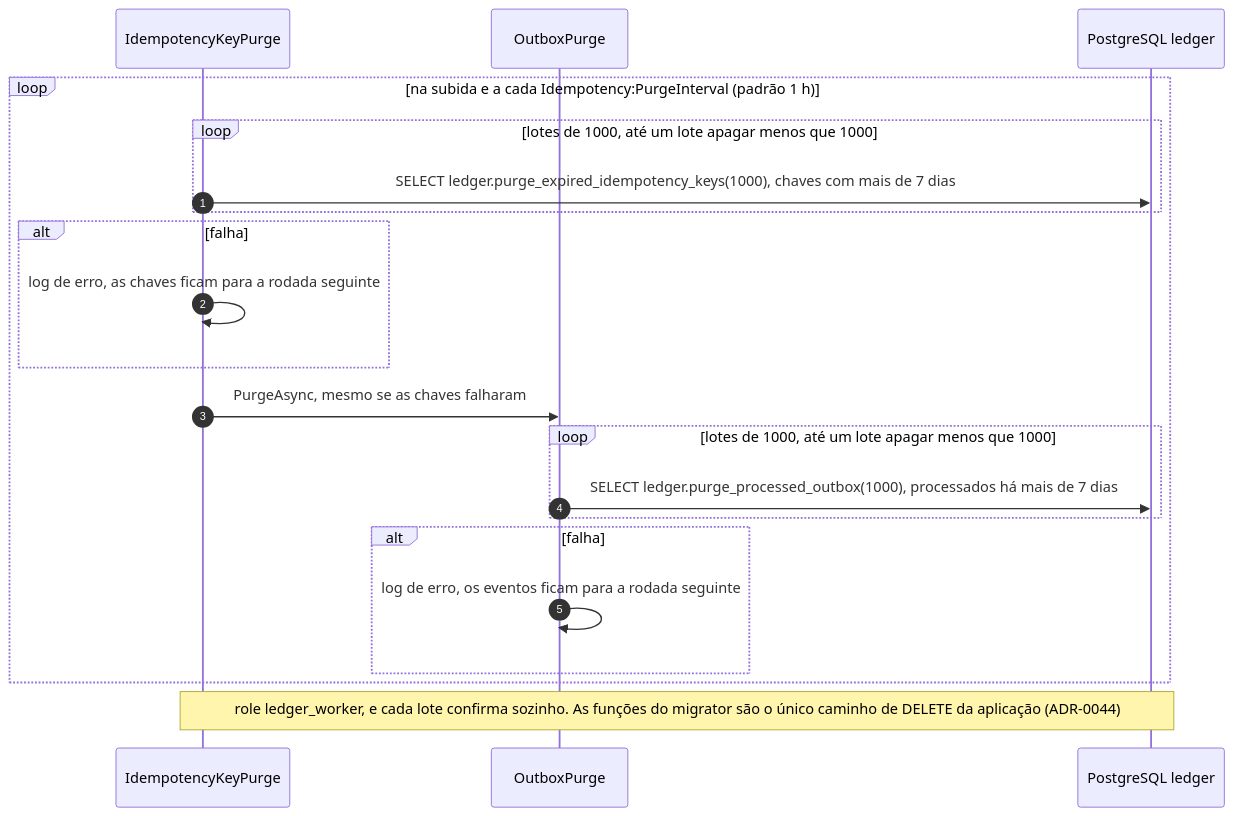
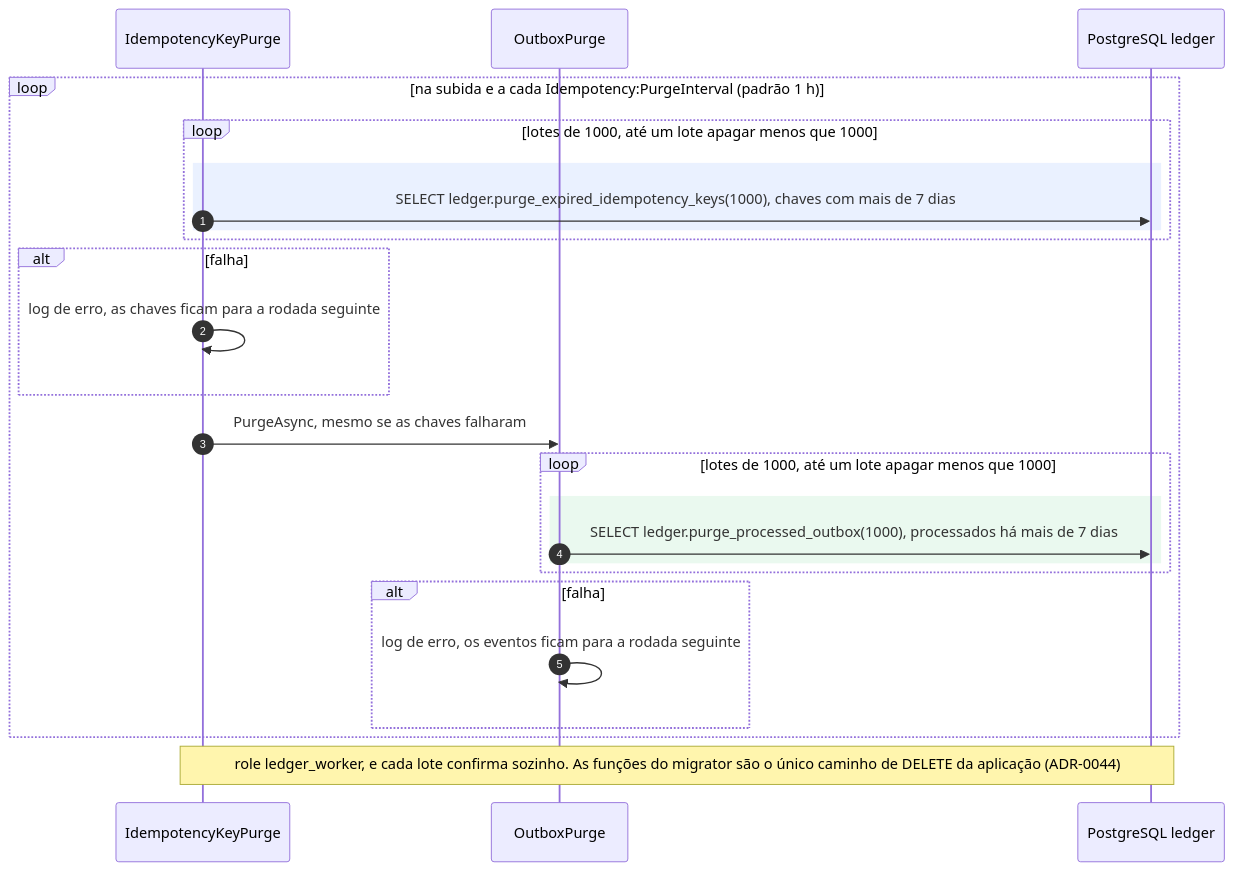
The eighth of 8 diagrams in docs/arquitetura/fluxos-ledger.md (arthuurw/desafio-arquiteto-keyrus), drawn with Mermaid before and after one commit. The commit also changed other lines of this file and 1 other file, not shown here.

Commit message:
docs: draw each purge and seed insert as its own transaction
The flow check found the seed skipping the duplicate CPF branch, purge
calls and the seed INSERT without their transaction boundary, a note
calling every outcome a refusal, and the lock and index files missing
from the tables.

````diff
--- a/docs/arquitetura/fluxos-ledger.md
+++ b/docs/arquitetura/fluxos-ledger.md
@@ -440,24 +440,28 @@
 ```mermaid
 sequenceDiagram
   autonumber
   participant P as IdempotencyKeyPurge
   participant O as OutboxPurge
   participant DB as PostgreSQL ledger
 
   loop na subida e a cada Idempotency:PurgeInterval (padrão 1 h)
     loop lotes de 1000, até um lote apagar menos que 1000
-      P->>DB: SELECT ledger.purge_expired_idempotency_keys(1000), chaves com mais de 7 dias
+      rect rgba(80, 140, 255, 0.12)
+        P->>DB: SELECT ledger.purge_expired_idempotency_keys(1000), chaves com mais de 7 dias
+      end
     end
     alt falha
       P->>P: log de erro, as chaves ficam para a rodada seguinte
     end
     P->>O: PurgeAsync, mesmo se as chaves falharam
     loop lotes de 1000, até um lote apagar menos que 1000
-      O->>DB: SELECT ledger.purge_processed_outbox(1000), processados há mais de 7 dias
+      rect rgba(80, 200, 120, 0.12)
+        O->>DB: SELECT ledger.purge_processed_outbox(1000), processados há mais de 7 dias
+      end
     end
     alt falha
       O->>O: log de erro, os eventos ficam para a rodada seguinte
     end
   end
   Note over P,DB: role ledger_worker, e cada lote confirma sozinho. As funções do migrator são o único caminho de DELETE da aplicação (ADR-0044)
 ```
````
